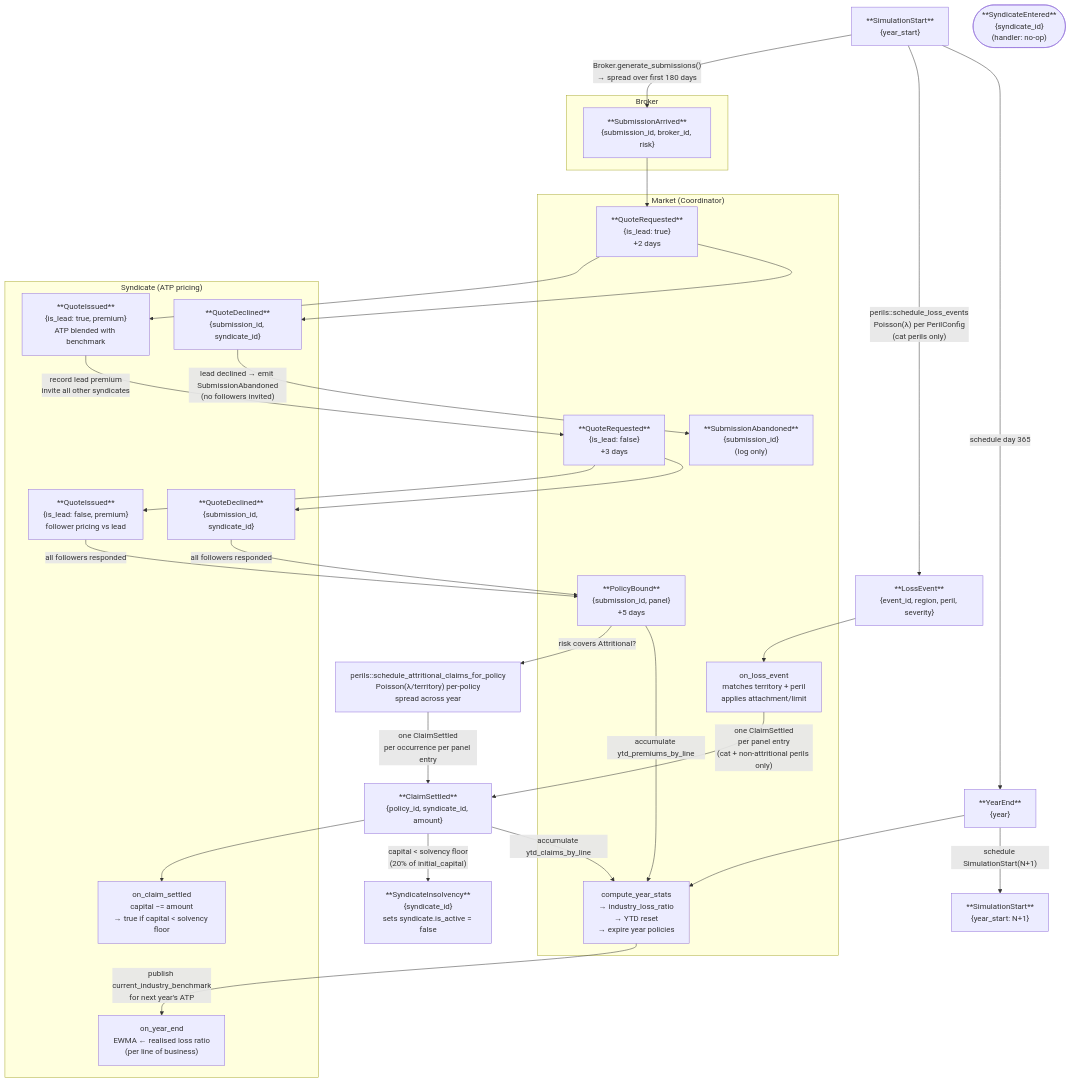
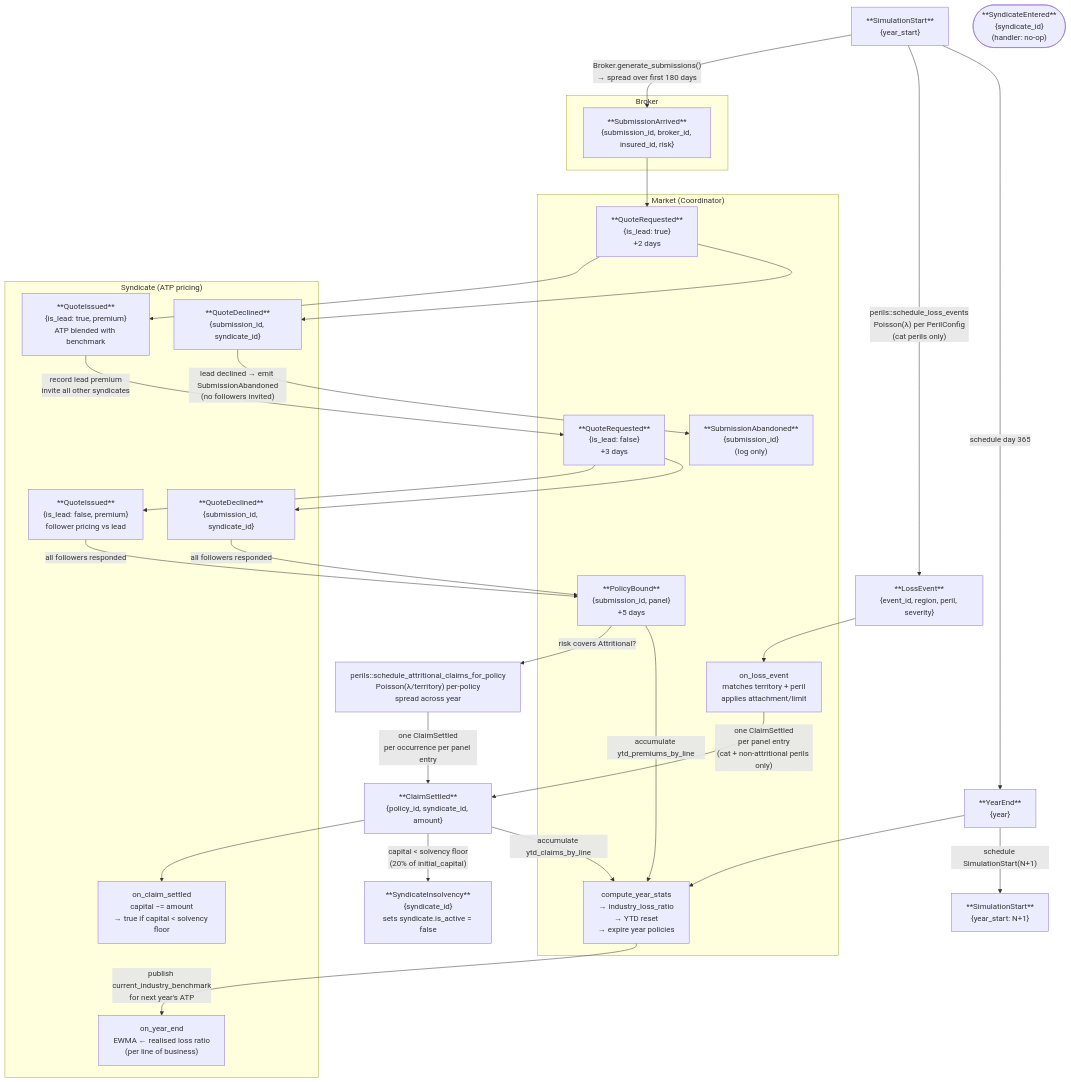
Before and after one commit to samthorold/rins: the diagram in docs/event-flow.md, drawn with Mermaid. The commit also changed other lines of this file and 9 other files, not shown here.

````diff
--- a/docs/event-flow.md
+++ b/docs/event-flow.md
@@ -6,74 +6,74 @@
 ```mermaid
 flowchart TD
     %% ── Year lifecycle ──────────────────────────────────────────────────────
 
     SS["**SimulationStart**\n{year_start}"]
     YE["**YearEnd**\n{year}"]
     LE["**LossEvent**\n{event_id, region, peril, severity}"]
     SS_NEXT["**SimulationStart**\n{year_start: N+1}"]
 
     SS -->|"Broker.generate_submissions()\n→ spread over first 180 days"| SA
     SS -->|"perils::schedule_loss_events\nPoisson(λ) per PerilConfig\n(cat perils only)"| LE
     SS -->|"schedule day 365"| YE
 
     %% ── Quoting round ───────────────────────────────────────────────────────
 
     subgraph Broker
-        SA["**SubmissionArrived**\n{submission_id, broker_id, risk}"]
+        SA["**SubmissionArrived**\n{submission_id, broker_id, insured_id, risk}"]
     end
 
     subgraph Market["Market (Coordinator)"]
         QR_L["**QuoteRequested**\n{is_lead: true}\n+2 days"]
         QR_F["**QuoteRequested**\n{is_lead: false}\n+3 days"]
         PB["**PolicyBound**\n{submission_id, panel}\n+5 days"]
         ABANDON_EVENT["**SubmissionAbandoned**\n{submission_id}\n(log only)"]
         LE_D["on_loss_event\nmatches territory + peril\napplies attachment/limit"]
         STATS["compute_year_stats\n→ industry_loss_ratio\n→ YTD reset\n→ expire year policies"]
     end
 
     subgraph Syndicate["Syndicate  (ATP pricing)"]
         QI_L["**QuoteIssued**\n{is_lead: true, premium}\nATP blended with benchmark"]
         QD_L["**QuoteDeclined**\n{submission_id, syndicate_id}"]
         QI_F["**QuoteIssued**\n{is_lead: false, premium}\nfollower pricing vs lead"]
         QD_F["**QuoteDeclined**\n{submission_id, syndicate_id}"]
         CS_S["on_claim_settled\ncapital −= amount\n→ true if capital < solvency floor"]
         YE_S["on_year_end\nEWMA ← realised loss ratio\n(per line of business)"]
     end
 
     SA --> QR_L
     QR_L --> QI_L
     QR_L --> QD_L
     QI_L -->|"record lead premium\ninvite all other syndicates"| QR_F
     QD_L -->|"lead declined → emit SubmissionAbandoned\n(no followers invited)"| ABANDON_EVENT
     QR_F --> QI_F
     QR_F --> QD_F
     QI_F -->|"all followers responded"| PB
     QD_F -->|"all followers responded"| PB
 
     %% ── Loss cascade ────────────────────────────────────────────────────────
 
     CS["**ClaimSettled**\n{policy_id, syndicate_id, amount}"]
     ATTR["perils::schedule_attritional_claims_for_policy\nPoisson(λ/territory) per-policy\nspread across year"]
 
     LE --> LE_D
     LE_D -->|"one ClaimSettled\nper panel entry\n(cat + non-attritional perils only)"| CS
     PB -->|"risk covers Attritional?"| ATTR
     ATTR -->|"one ClaimSettled\nper occurrence per panel entry"| CS
     CS --> CS_S
     CS -->|"accumulate ytd_claims_by_line"| STATS
 
     PB -->|"accumulate ytd_premiums_by_line"| STATS
 
     %% ── Year end ────────────────────────────────────────────────────────────
 
     YE --> STATS
     STATS -->|"publish current_industry_benchmark\nfor next year's ATP"| YE_S
     YE -->|"schedule SimulationStart(N+1)"| SS_NEXT
 
     %% ── Entry / insolvency ──────────────────────────────────────────────────
 
     SE(["**SyndicateEntered**\n{syndicate_id}\n(handler: no-op)"])
     SI["**SyndicateInsolvency**\n{syndicate_id}\nsets syndicate.is_active = false"]
 
     CS -->|"capital < solvency floor\n(20% of initial_capital)"| SI
 ```
````
